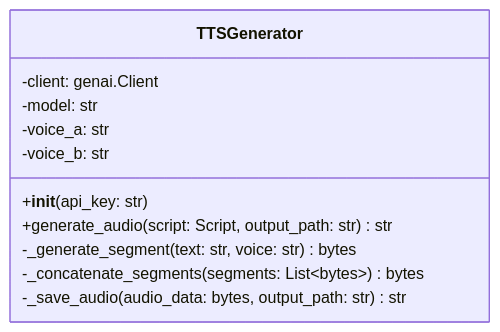
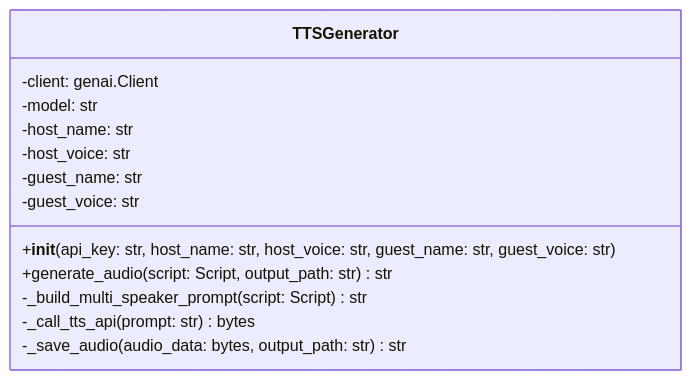
Before and after one commit to necoha/auto-podcast: the third of 6 diagrams in docs/LLD.md, drawn with Mermaid. The commit also changed other lines of this file and 3 other files, not shown here.

````diff
--- a/docs/LLD.md
+++ b/docs/LLD.md
@@ -127,14 +127,16 @@
 ```mermaid
 classDiagram
     class TTSGenerator {
         -client: genai.Client
         -model: str
-        -voice_a: str
-        -voice_b: str
-        +__init__(api_key: str)
+        -host_name: str
+        -host_voice: str
+        -guest_name: str
+        -guest_voice: str
+        +__init__(api_key: str, host_name: str, host_voice: str, guest_name: str, guest_voice: str)
         +generate_audio(script: Script, output_path: str) str
-        -_generate_segment(text: str, voice: str) bytes
-        -_concatenate_segments(segments: List~bytes~) bytes
+        -_build_multi_speaker_prompt(script: Script) str
+        -_call_tts_api(prompt: str) bytes
         -_save_audio(audio_data: bytes, output_path: str) str
     }
 ```
````
